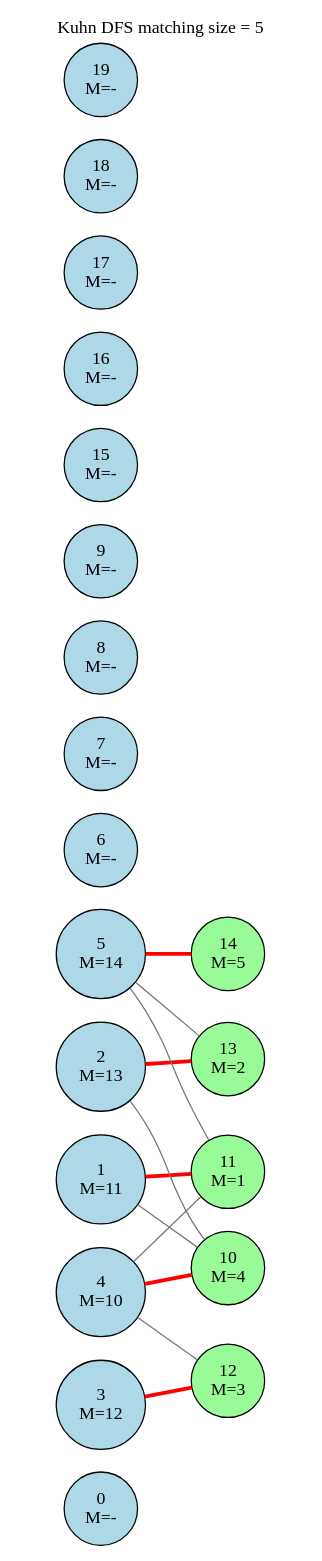
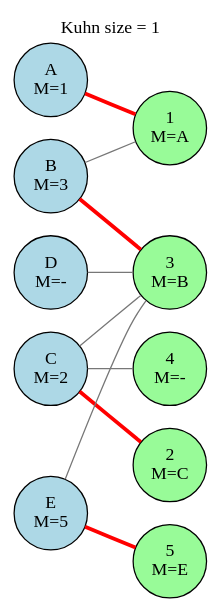
One commit to KKseniaK/AlgoPerm changed the diagram in seminar-22/bin/Debug/net8.0/kuhn.dot. Above: the diagram before and after it, drawn with Graphviz. The commit also changed 31 other files, not shown here.

```diff
--- a/seminar-22/bin/Debug/net8.0/kuhn.dot
+++ b/seminar-22/bin/Debug/net8.0/kuhn.dot
@@ -1,40 +1,26 @@
 graph G {
   rankdir=LR;
   graph [bgcolor="white", fontname="Consolas", labelloc="t"];
-  label="Kuhn DFS matching size = 5";
+  label="Kuhn size = 1";
   node [shape=circle, style=filled, fontname="Consolas"];
   edge [color="#777777"];
-  { rank=same; v0 v1 v2 v3 v4 v5 v6 v7 v8 v9 v15 v16 v17 v18 v19 }
-  { rank=same; v10 v11 v12 v13 v14 }
-  v0 [fillcolor="lightblue", label="0\nM=-"];
-  v1 [fillcolor="lightblue", label="1\nM=11"];
-  v2 [fillcolor="lightblue", label="2\nM=13"];
-  v3 [fillcolor="lightblue", label="3\nM=12"];
-  v4 [fillcolor="lightblue", label="4\nM=10"];
-  v5 [fillcolor="lightblue", label="5\nM=14"];
-  v6 [fillcolor="lightblue", label="6\nM=-"];
-  v7 [fillcolor="lightblue", label="7\nM=-"];
-  v8 [fillcolor="lightblue", label="8\nM=-"];
-  v9 [fillcolor="lightblue", label="9\nM=-"];
-  v10 [fillcolor="palegreen", label="10\nM=4"];
-  v11 [fillcolor="palegreen", label="11\nM=1"];
-  v12 [fillcolor="palegreen", label="12\nM=3"];
-  v13 [fillcolor="palegreen", label="13\nM=2"];
-  v14 [fillcolor="palegreen", label="14\nM=5"];
-  v15 [fillcolor="lightblue", label="15\nM=-"];
-  v16 [fillcolor="lightblue", label="16\nM=-"];
-  v17 [fillcolor="lightblue", label="17\nM=-"];
-  v18 [fillcolor="lightblue", label="18\nM=-"];
-  v19 [fillcolor="lightblue", label="19\nM=-"];
-  v1 -- v10;
-  v1 -- v11 [color="red", penwidth=3.0];
-  v2 -- v10;
-  v2 -- v13 [color="red", penwidth=3.0];
-  v3 -- v12 [color="red", penwidth=3.0];
-  v4 -- v10 [color="red", penwidth=3.0];
-  v4 -- v11;
-  v4 -- v12;
-  v5 -- v11;
-  v5 -- v13;
-  v5 -- v14 [color="red", penwidth=3.0];
+  v0 [fillcolor="lightblue", label="A\nM=1"];
+  v1 [fillcolor="lightblue", label="B\nM=3"];
+  v2 [fillcolor="lightblue", label="C\nM=2"];
+  v3 [fillcolor="lightblue", label="D\nM=-"];
+  v4 [fillcolor="lightblue", label="E\nM=5"];
+  v26 [fillcolor="palegreen", label="1\nM=A"];
+  v27 [fillcolor="palegreen", label="2\nM=C"];
+  v28 [fillcolor="palegreen", label="3\nM=B"];
+  v29 [fillcolor="palegreen", label="4\nM=-"];
+  v30 [fillcolor="palegreen", label="5\nM=E"];
+  v0 -- v26 [color="red", penwidth=3.0];
+  v1 -- v26;
+  v1 -- v28 [color="red", penwidth=3.0];
+  v2 -- v27 [color="red", penwidth=3.0];
+  v2 -- v28;
+  v2 -- v29;
+  v3 -- v28;
+  v4 -- v28;
+  v4 -- v30 [color="red", penwidth=3.0];
 }
```
